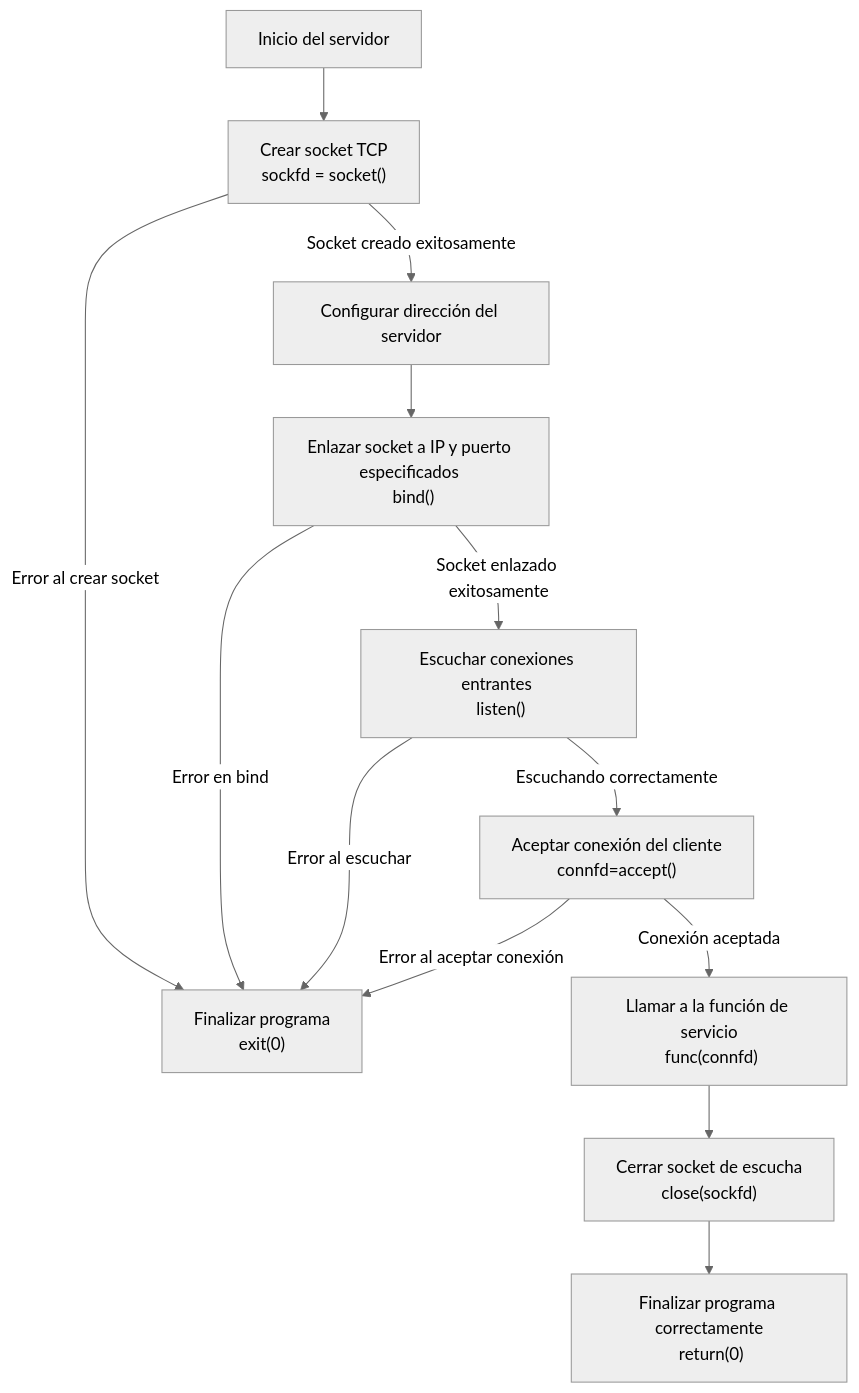
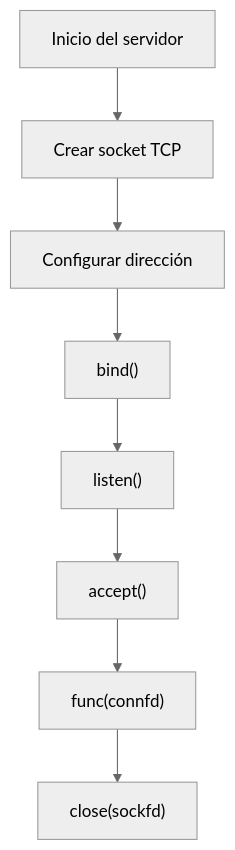
Before and after one commit to ascatena/Tcp-Client-Server-Network-Design: the first of 3 diagrams in README.md, drawn with Mermaid (neutral theme). The commit also changed other lines of this file, not shown here.

Commit message:
Actualización del indice del README.

````diff
--- a/README.md
+++ b/README.md
@@ -529,18 +187,11 @@
-``` mermaid
+```mermaid
 graph TD
     A[Inicio del servidor]
-    A --> B["Crear socket TCP \n sockfd = socket()"]
-    B -->|Socket creado exitosamente| C[Configurar dirección del servidor]
-    B -->|Error al crear socket| Z["Finalizar programa\n exit(0)"]
-    C --> D["Enlazar socket a IP y puerto especificados \n bind()"]
-    D -->|Socket enlazado exitosamente| E["Escuchar conexiones entrantes \n listen()"]
-    D -->|Error en bind| Z
-
-    E -->|Escuchando correctamente| F["Aceptar conexión del cliente\n connfd=accept()"]
-    E -->|Error al escuchar| Z
-
-    F -->|Conexión aceptada| G["Llamar a la función de servicio\n func(connfd)"]
-    F -->|Error al aceptar conexión| Z
-    G --> I["Cerrar socket de escucha\n close(sockfd)"]
-    I --> J["Finalizar programa correctamente\n return(0)"]
+    A --> B["Crear socket TCP"]
+    B --> C[Configurar dirección]
+    C --> D["bind()"]
+    D --> E["listen()"]
+    E --> F["accept()"]
+    F --> G["func(connfd)"]
+    G --> H["close(sockfd)"]
 ```
````
